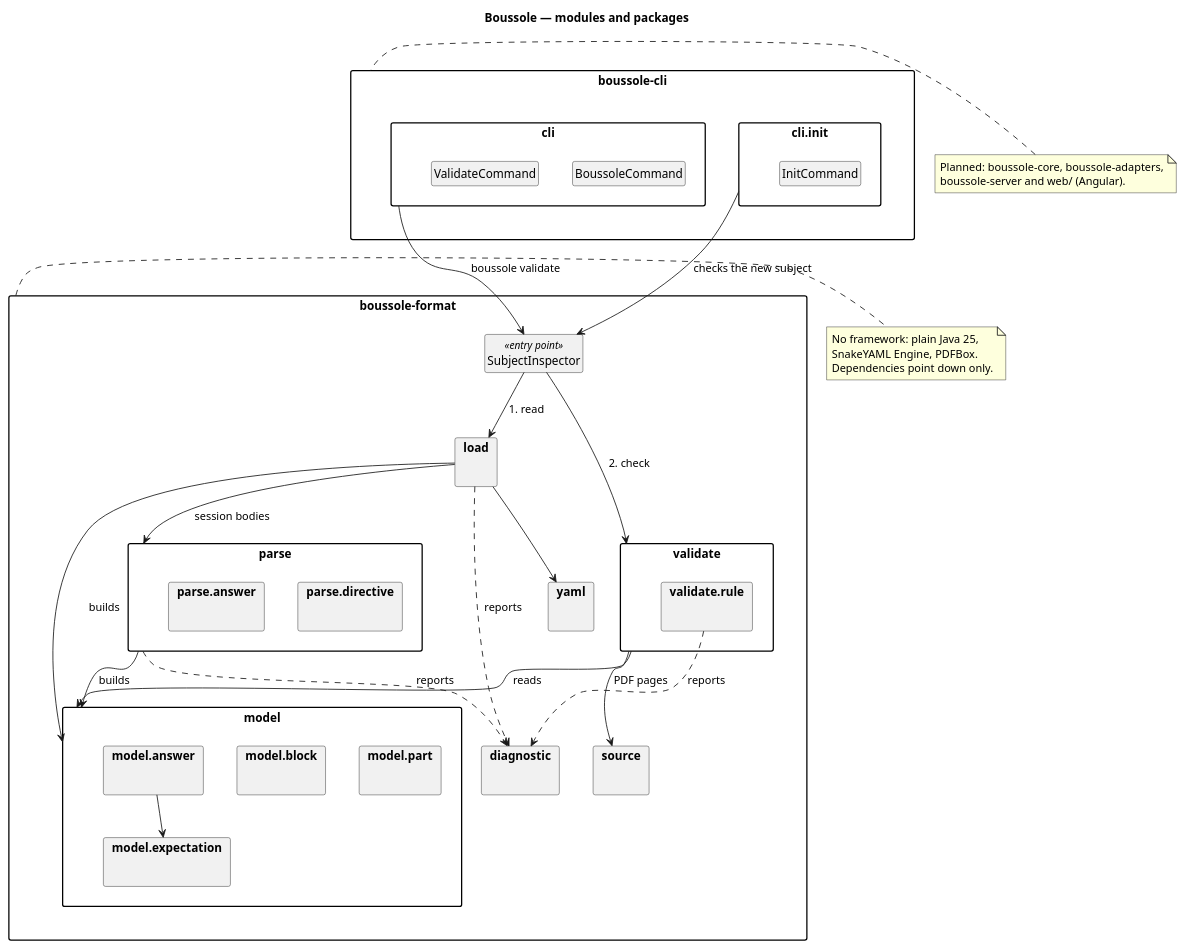
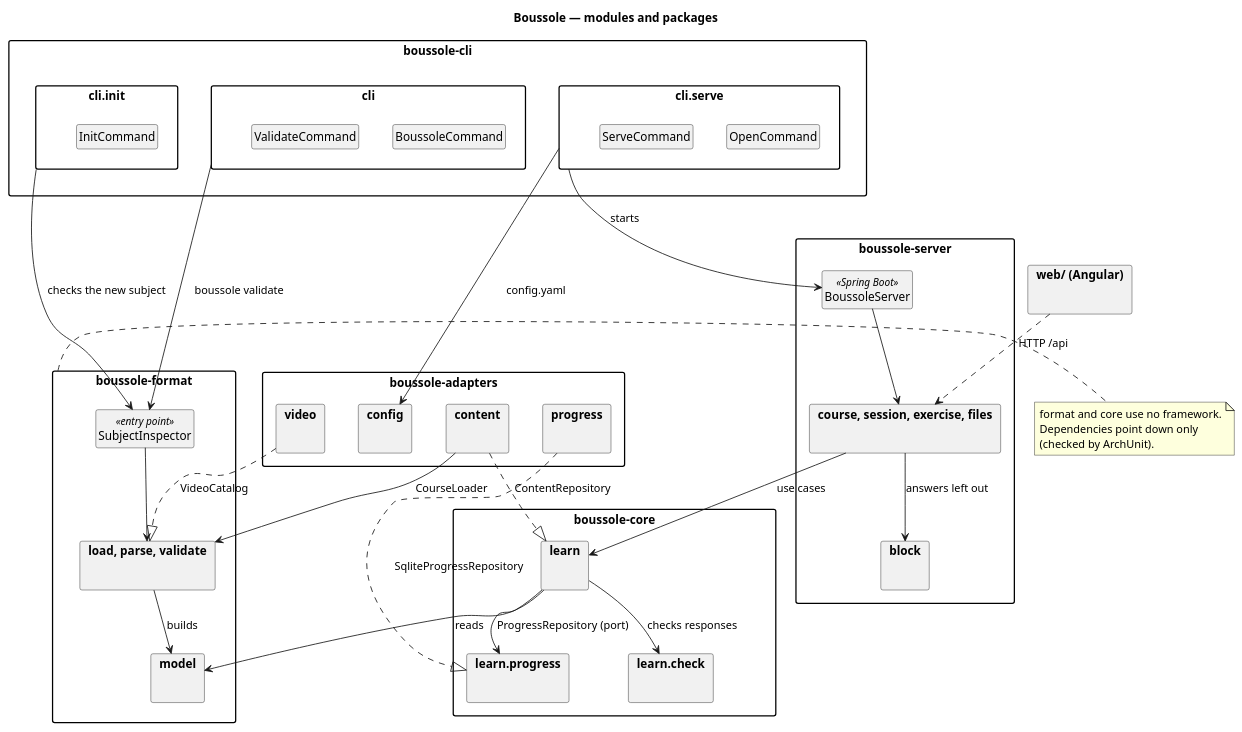
The diagram in docs/diagrams/00-overview.puml (lucasssoh/Boussole), drawn with PlantUML before and after one commit. The commit also changed 175 other files, not shown here.

First line of the commit message:
Web : session player — boussole open shows a subject in the browser, its answers checked by the local server

```diff
--- a/docs/diagrams/00-overview.puml
+++ b/docs/diagrams/00-overview.puml
@@ -1,77 +1,86 @@
 @startuml 00-overview
 skinparam packageStyle rectangle
 skinparam classAttributeIconSize 0
 skinparam nodesep 40
 skinparam ranksep 50
 hide empty members
 hide circle
 title Boussole — modules and packages
 
 package "boussole-cli" as cli {
   package "cli" as clipkg {
     class BoussoleCommand
     class ValidateCommand
   }
   package "cli.init" as initpkg {
     class InitCommand
   }
+  package "cli.serve" as servepkg {
+    class OpenCommand
+    class ServeCommand
+  }
+}
+
+package "boussole-server" as server {
+  class BoussoleServer <<Spring Boot>>
+  package "course, session, exercise, files" as controllers {
+  }
+  package "block" as views {
+  }
+}
+
+package "boussole-adapters" as adapters {
+  package "content" as content {
+  }
+  package "progress" as progress {
+  }
+  package "config" as config {
+  }
+  package "video" as video {
+  }
+}
+
+package "boussole-core" as core {
+  package "learn" as learn {
+  }
+  package "learn.check" as check {
+  }
+  package "learn.progress" as lprogress {
+  }
 }
 
 package "boussole-format" as format {
   class SubjectInspector <<entry point>>
-  package "load" as load {
-  }
-  package "parse" as parse {
-    package "parse.directive" as directive {
-    }
-    package "parse.answer" as panswer {
-    }
-  }
-  package "validate" as validate {
-    package "validate.rule" as rule {
-    }
+  package "load, parse, validate" as reading {
   }
   package "model" as model {
-    package "model.part" as part {
-    }
-    package "model.block" as block {
-    }
-    package "model.answer" as manswer {
-    }
-    package "model.expectation" as expectation {
-    }
   }
-  package "diagnostic" as diagnostic {
-  }
-  package "yaml" as yaml {
-  }
-  package "source" as source {
-  }
+}
+
+package "web/ (Angular)" as web {
 }
 
 clipkg --> SubjectInspector : boussole validate
 initpkg --> SubjectInspector : checks the new subject
-SubjectInspector --> load : 1. read
-SubjectInspector --> validate : 2. check
-load --> parse : session bodies
-load --> yaml
-parse --> model : builds
-load --> model : builds
-validate --> model : reads
-validate --> source : PDF pages
-rule ..> diagnostic : reports
-load ..> diagnostic : reports
-parse ..> diagnostic : reports
-manswer --> expectation
+servepkg --> BoussoleServer : starts
+servepkg --> config : config.yaml
+web ..> controllers : HTTP /api
+BoussoleServer --> controllers
+controllers --> learn : use cases
+controllers --> views : answers left out
+learn --> check : checks responses
+learn --> lprogress : ProgressRepository (port)
+learn --> model : reads
+content ..|> learn : ContentRepository
+progress ..|> lprogress : SqliteProgressRepository
+content --> reading : CourseLoader
+video ..|> reading : VideoCatalog
+SubjectInspector --> reading
+reading --> model : builds
 
 note right of format
-  No framework: plain Java 25,
-  SnakeYAML Engine, PDFBox.
-  Dependencies point down only.
-end note
-
-note left of cli
-  Planned: boussole-core, boussole-adapters,
-  boussole-server and web/ (Angular).
+  format and core use no framework.
+  Dependencies point down only
+  (checked by ArchUnit).
 end note
 @enduml
```
